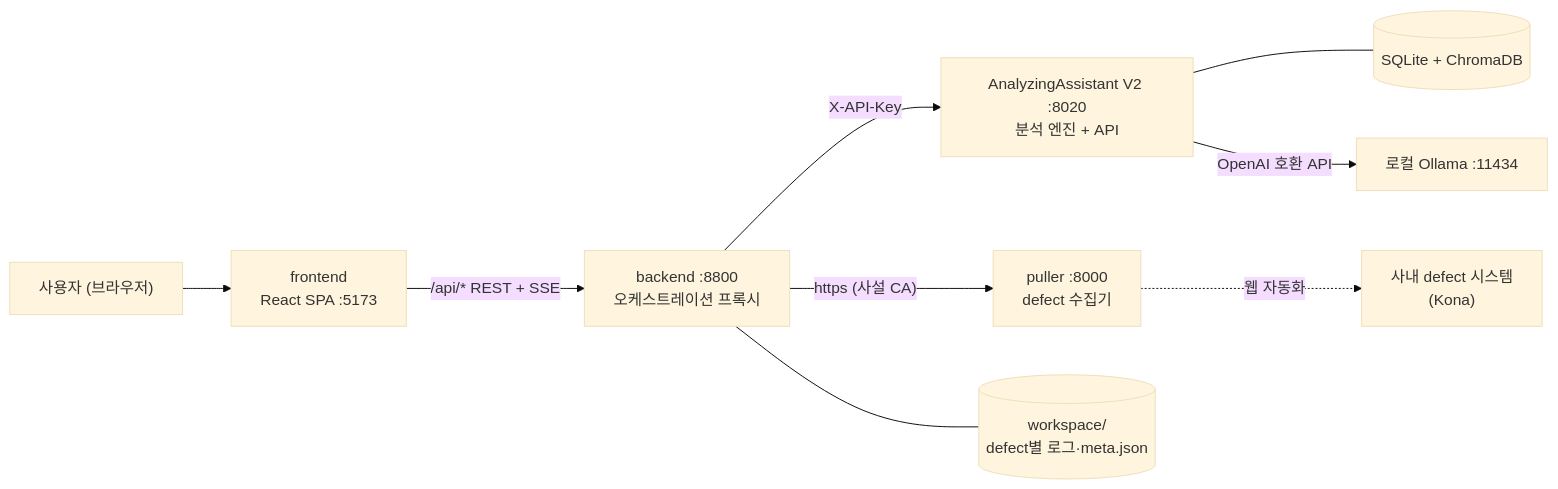
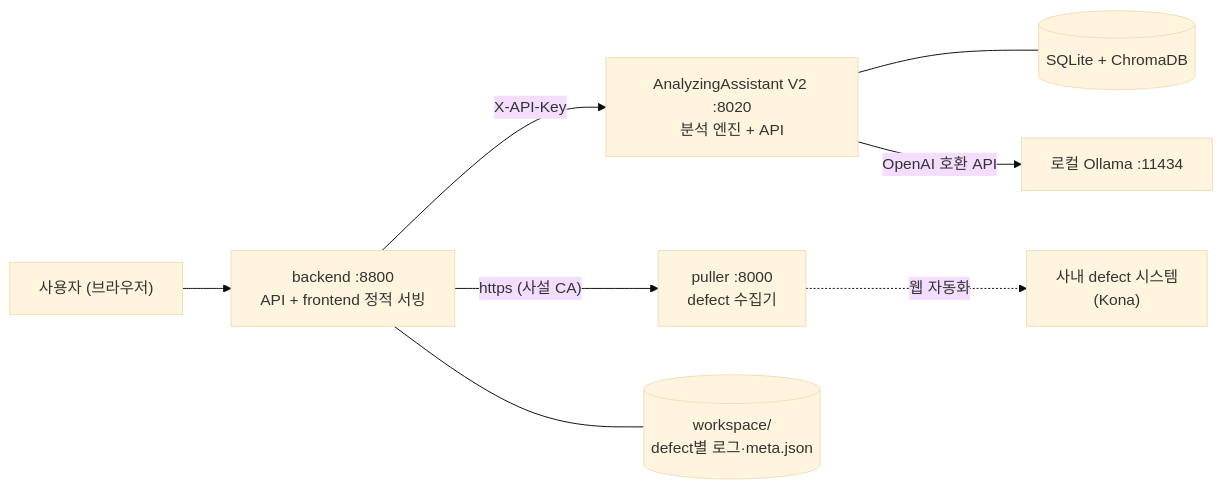
One commit to milkywood-ted/LogAA changed the diagram in Readme.md. Above: the diagram before and after it, drawn with Mermaid (base theme). The commit also changed other lines of this file and 7 other files, not shown here.

First line of the commit message:
feat: serve frontend build from backend (frontend §9-5·§9-8 해소, C안)

````diff
--- a/Readme.md
+++ b/Readme.md
@@ -13,11 +13,10 @@
 ```mermaid
 flowchart LR
-    U["사용자 (브라우저)"] --> FE["frontend<br/>React SPA :5173"]
-    FE -->|"/api/* REST + SSE"| BE["backend :8800<br/>오케스트레이션 프록시"]
+    U["사용자 (브라우저)"] --> BE["backend :8800<br/>API + frontend 정적 서빙"]
     BE -->|"X-API-Key"| AA["AnalyzingAssistant V2 :8020<br/>분석 엔진 + API"]
     BE -->|"https (사설 CA)"| PU["puller :8000<br/>defect 수집기"]
     PU -.->|웹 자동화| DS["사내 defect 시스템<br/>(Kona)"]
     BE --- WS[("workspace/<br/>defect별 로그·meta.json")]
     AA --- DB[("SQLite + ChromaDB")]
     AA -->|OpenAI 호환 API| LLM["로컬 Ollama :11434"]
 ```
````
